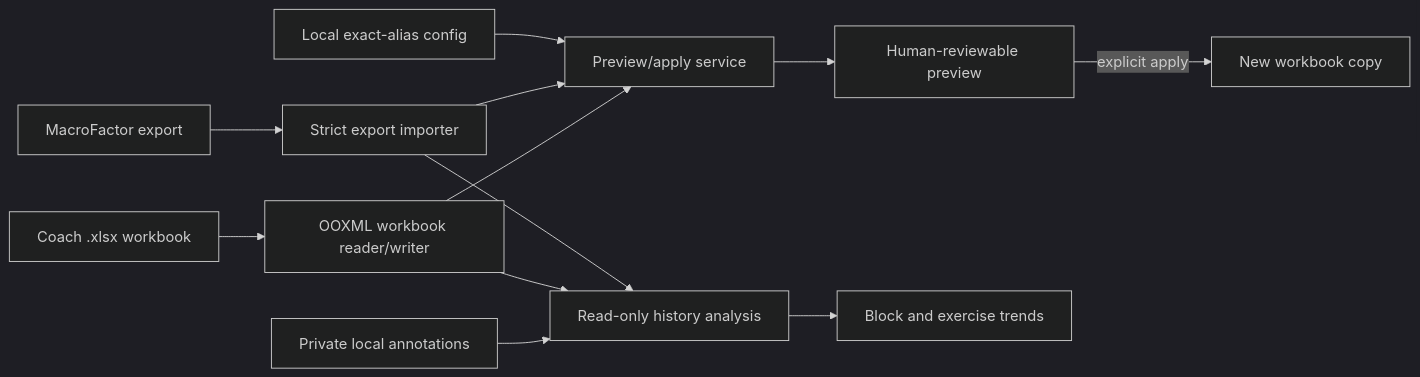
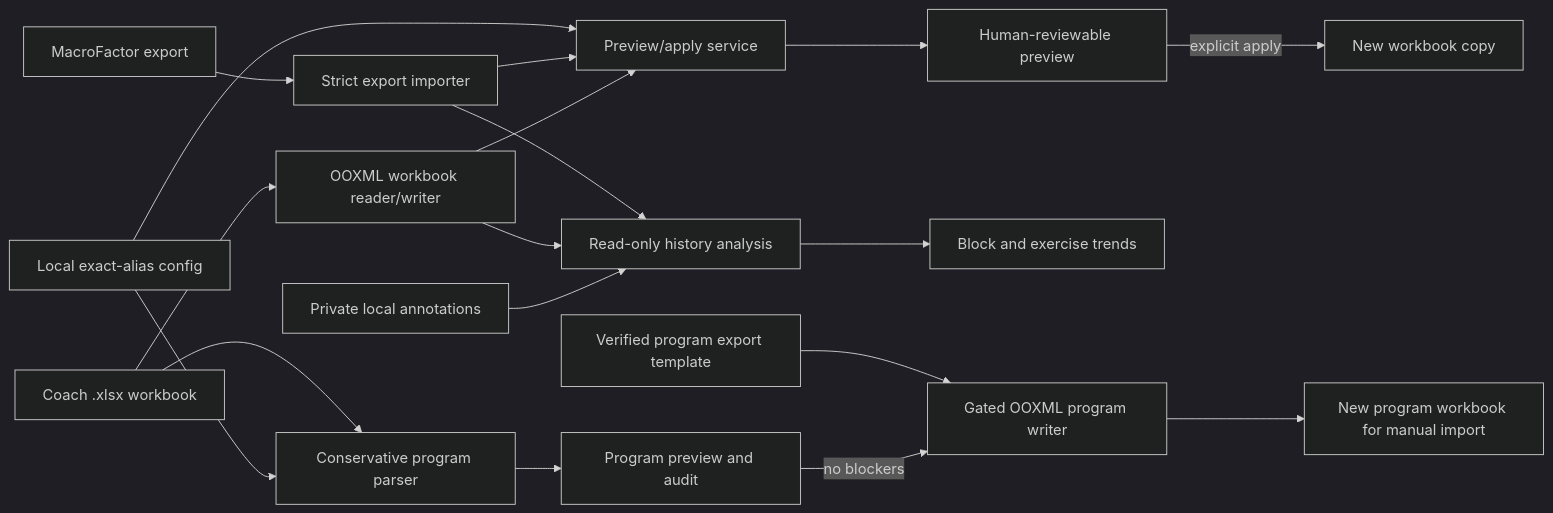
One commit to joshuawyadao/MacroFactor-Workout-Bridge changed the diagram in README.md. Above: the diagram before and after it, drawn with Mermaid (dark theme). The commit also changed other lines of this file and 31 other files, not shown here.

First line of the commit message:
Add gated coach-to-MacroFactor program generation (#13)

````diff
--- a/README.md
+++ b/README.md
@@ -32,14 +32,20 @@
 ```mermaid
 flowchart LR
     Export["MacroFactor export"] --> Importer["Strict export importer"]
     Mapping["Local exact-alias config"] --> Service["Preview/apply service"]
     Coach["Coach .xlsx workbook"] --> OOXML["OOXML workbook reader/writer"]
     Importer --> Service
     OOXML --> Service
     Service --> Preview["Human-reviewable preview"]
     Preview -->|explicit apply| Output["New workbook copy"]
     Importer --> History["Read-only history analysis"]
     OOXML --> History
     Annotations["Private local annotations"] --> History
     History --> Dashboard["Block and exercise trends"]
+    Coach --> ProgramParser["Conservative program parser"]
+    Mapping --> ProgramParser
+    Template["Verified program export template"] --> ProgramWriter["Gated OOXML program writer"]
+    ProgramParser --> ProgramReview["Program preview and audit"]
+    ProgramReview -->|no blockers| ProgramWriter
+    ProgramWriter --> Candidate["New program workbook for manual import"]
 ```
````
